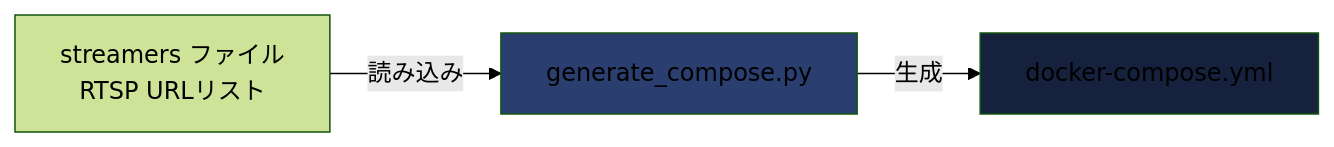
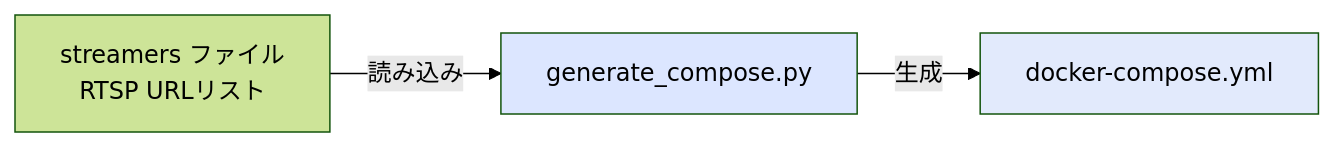
The ninth of 10 diagrams in documents/DOCKER_ARCHITECTURE.md (Masakai/meteo), drawn with Mermaid (forest theme) before and after one commit. The commit also changed other lines of this file and 8 other files, not shown here.

Commit message:
- Mermaidダイアグラム用スタイルのカラーパレットを調整   - セーフティカラーを温和なトーンへ変更   - Mermaidテーマ設定のドキュメントやスクリプトを更新 - WebRTC/Go2RTC関連のドキュメント強化   - `go2rtc` コンテナ仕様、図解を追加   - ダッシュボード埋め込み方式とストリーミング設定を反映   - 構築手順にポートや依存関係情報を補足

````diff
--- a/documents/DOCKER_ARCHITECTURE.md
+++ b/documents/DOCKER_ARCHITECTURE.md
@@ -617,12 +716,12 @@
 ```mermaid
 flowchart LR
     Streamers["streamers ファイル<br/>RTSP URLリスト"]
     Script["generate_compose.py"]
     Compose["docker-compose.yml"]
 
     Streamers -->|"読み込み"| Script
     Script -->|"生成"| Compose
 
-    style Script fill:#2a3f6f
-    style Compose fill:#16213e
+    style Script fill:#dce6ff
+    style Compose fill:#e2eafc
 ```
````
